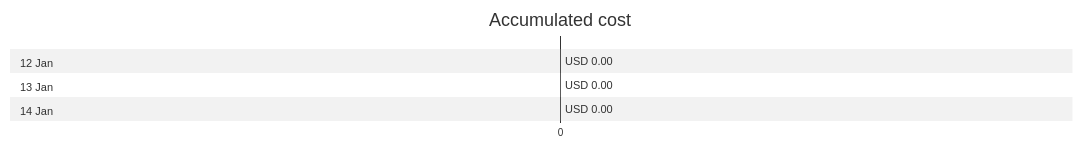
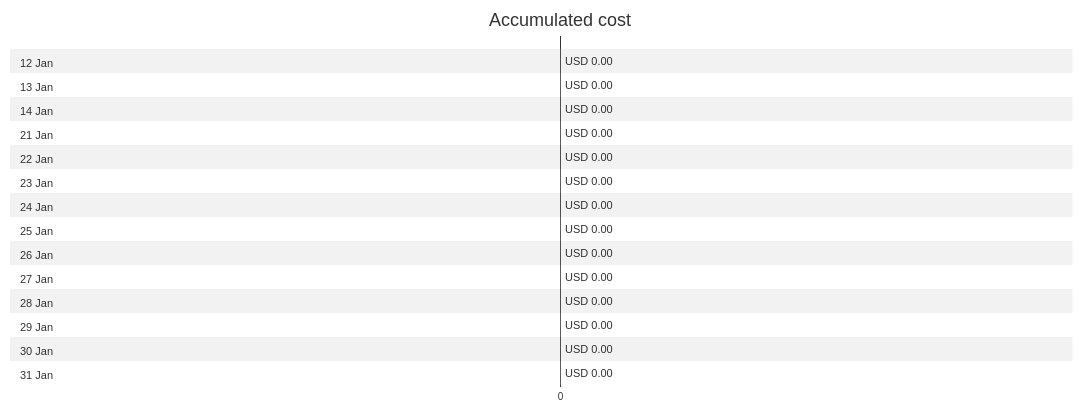
The first of 4 diagrams in cost-reports/azureapp-auto-alerts-873533-jpatrick_fulton_gmail_com/README.md (jpfulton/azure-personal-reports), drawn with Mermaid (neutral theme) before and after one commit. The commit also changed other lines of this file and 1 other file, not shown here.

Commit message:
Generated reports [skip ci]

````diff
--- a/cost-reports/azureapp-auto-alerts-873533-jpatrick_fulton_gmail_com/README.md
+++ b/cost-reports/azureapp-auto-alerts-873533-jpatrick_fulton_gmail_com/README.md
@@ -20,12 +20,34 @@
 ```mermaid
 gantt
    title Accumulated cost
    dateFormat  X
    axisFormat %s
    section 12 Jan
    USD 0.00 :0, 0
    section 13 Jan
    USD 0.00 :0, 0
    section 14 Jan
    USD 0.00 :0, 0
+   section 21 Jan
+   USD 0.00 :0, 0
+   section 22 Jan
+   USD 0.00 : done, 0, 0
+   section 23 Jan
+   USD 0.00 : done, 0, 0
+   section 24 Jan
+   USD 0.00 : done, 0, 0
+   section 25 Jan
+   USD 0.00 : done, 0, 0
+   section 26 Jan
+   USD 0.00 : done, 0, 0
+   section 27 Jan
+   USD 0.00 : done, 0, 0
+   section 28 Jan
+   USD 0.00 : done, 0, 0
+   section 29 Jan
+   USD 0.00 : done, 0, 0
+   section 30 Jan
+   USD 0.00 : done, 0, 0
+   section 31 Jan
+   USD 0.00 : done, 0, 0
 ```
````
